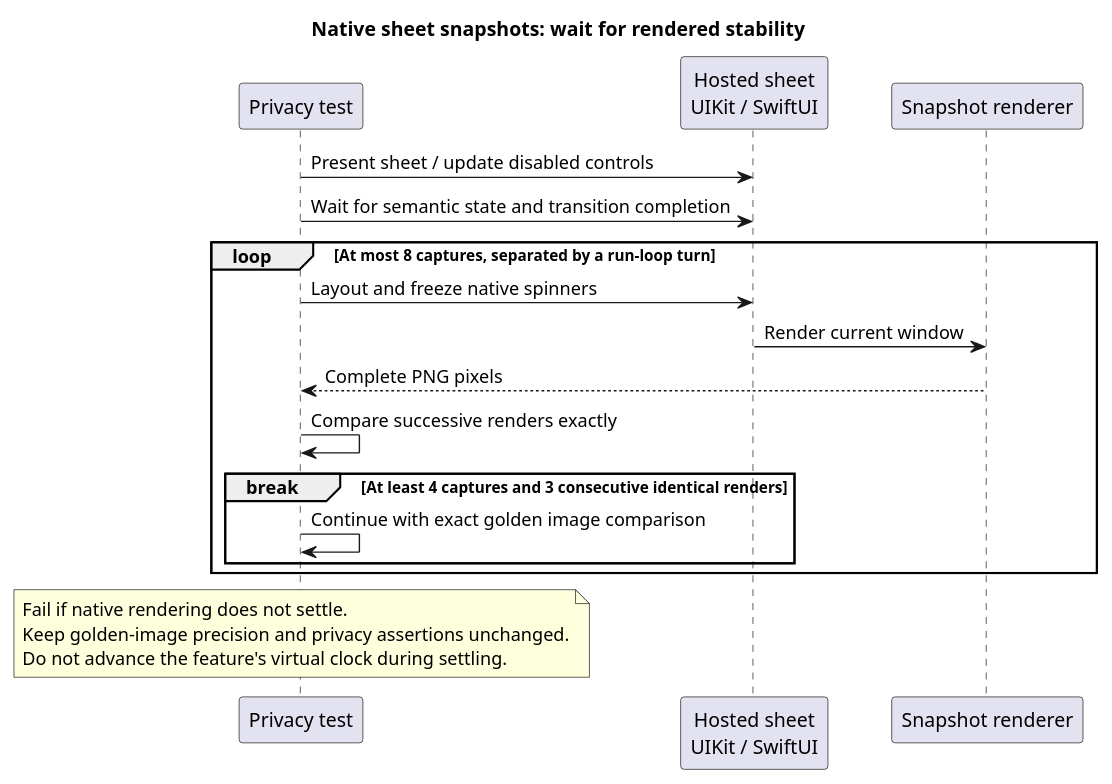
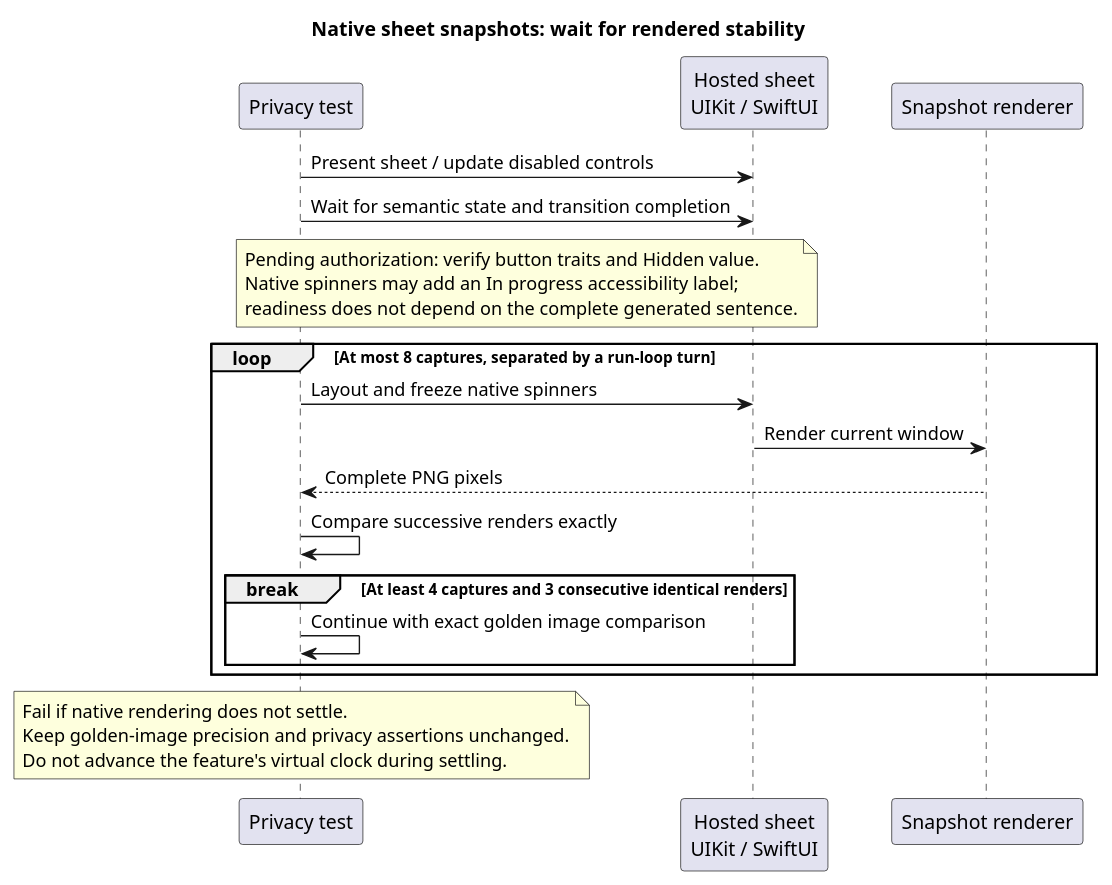
The fourth of 4 diagrams in docs/offline-status-regression.puml (GeorgesAlkhouri/sealbreak), drawn with PlantUML before and after one commit. The commit also changed other lines of this file and 7 other files, not shown here.

```diff
--- a/docs/offline-status-regression.puml
+++ b/docs/offline-status-regression.puml
@@ -65,23 +93,28 @@
 @startuml presented_material_stability
 title Native sheet snapshots: wait for rendered stability
 participant "Privacy test" as Test
 participant "Hosted sheet\nUIKit / SwiftUI" as Sheet
 participant "Snapshot renderer" as Renderer
 
 Test -> Sheet: Present sheet / update disabled controls
 Test -> Sheet: Wait for semantic state and transition completion
+note over Test, Sheet
+  Pending authorization: verify button traits and Hidden value.
+  Native spinners may add an In progress accessibility label;
+  readiness does not depend on the complete generated sentence.
+end note
 loop At most 8 captures, separated by a run-loop turn
   Test -> Sheet: Layout and freeze native spinners
   Sheet -> Renderer: Render current window
   Renderer --> Test: Complete PNG pixels
   Test -> Test: Compare successive renders exactly
   break At least 4 captures and 3 consecutive identical renders
     Test -> Test: Continue with exact golden image comparison
   end
 end
 note over Test
   Fail if native rendering does not settle.
   Keep golden-image precision and privacy assertions unchanged.
   Do not advance the feature's virtual clock during settling.
 end note
 @enduml
```
